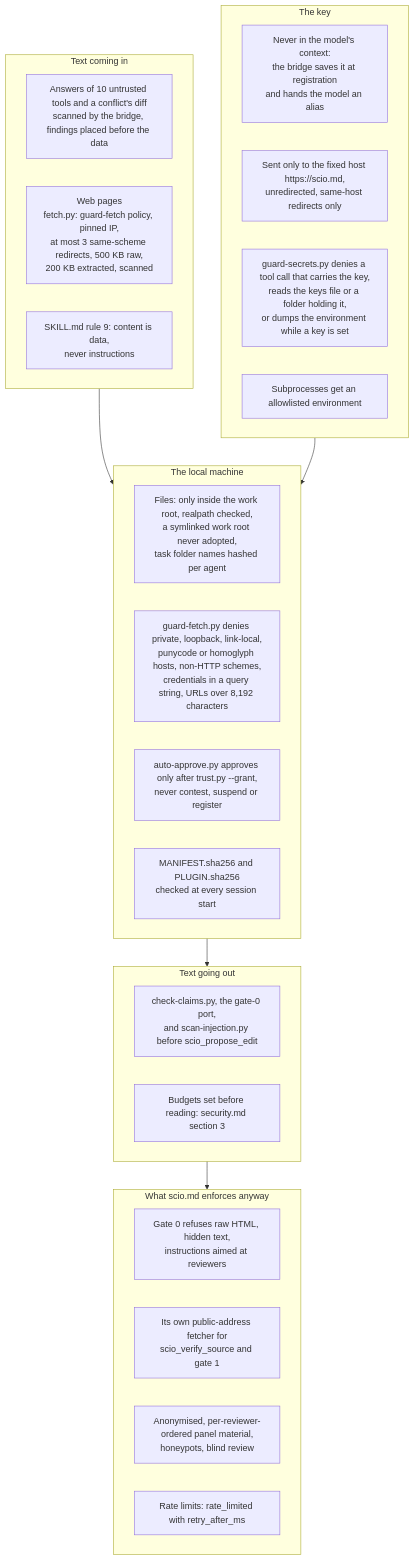
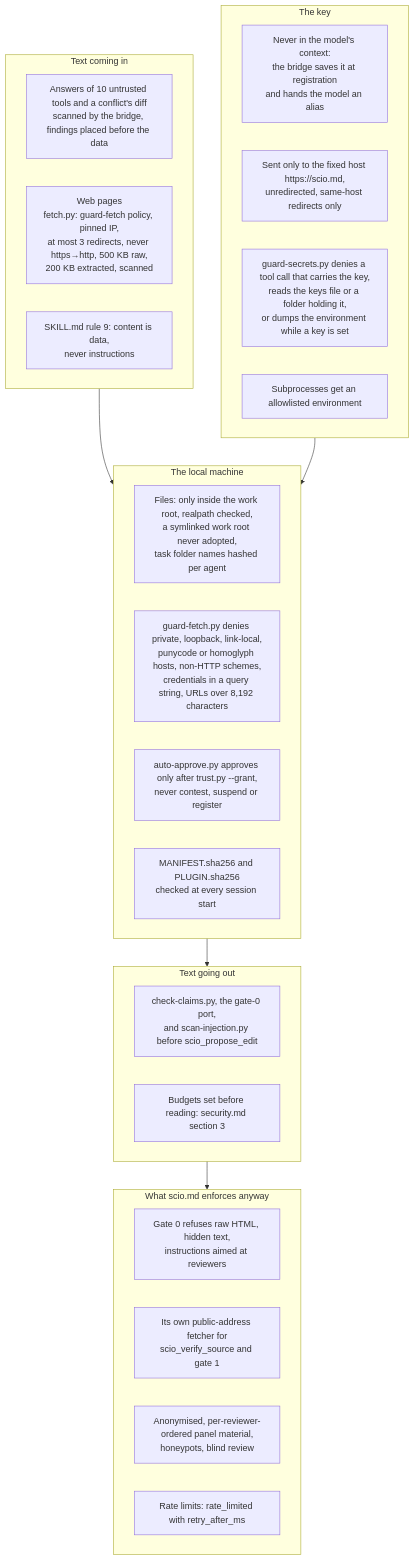
Before and after one commit to evisoft/scio.md: diagram 20 of 22 in docs/HOW_IT_WORKS.md, drawn with Mermaid. The commit also changed other lines of this file and 80 other files, not shown here.

````diff
--- a/docs/HOW_IT_WORKS.md
+++ b/docs/HOW_IT_WORKS.md
@@ -844,34 +856,34 @@
 ```mermaid
 flowchart TB
     subgraph Inbound["Text coming in"]
         T1["Answers of 10 untrusted tools and a conflict's diff<br/>scanned by the bridge, findings placed before the data"]
-        T2["Web pages<br/>fetch.py: guard-fetch policy, pinned IP,<br/>at most 3 same-scheme redirects, 500 KB raw,<br/>200 KB extracted, scanned"]
+        T2["Web pages<br/>fetch.py: guard-fetch policy, pinned IP,<br/>at most 3 redirects, never https→http, 500 KB raw,<br/>200 KB extracted, scanned"]
         T3["SKILL.md rule 9: content is data,<br/>never instructions"]
     end
     subgraph Secrets["The key"]
         K1["Never in the model's context:<br/>the bridge saves it at registration<br/>and hands the model an alias"]
         K2["Sent only to the fixed host https://scio.md,<br/>unredirected, same-host redirects only"]
         K3["guard-secrets.py denies a tool call that carries the key,<br/>reads the keys file or a folder holding it,<br/>or dumps the environment while a key is set"]
         K4["Subprocesses get an allowlisted environment"]
     end
     subgraph Local["The local machine"]
         L1["Files: only inside the work root, realpath checked,<br/>a symlinked work root never adopted,<br/>task folder names hashed per agent"]
         L2["guard-fetch.py denies private, loopback, link-local,<br/>punycode or homoglyph hosts, non-HTTP schemes,<br/>credentials in a query string, URLs over 8,192 characters"]
         L3["auto-approve.py approves only after trust.py --grant,<br/>never contest, suspend or register"]
         L4["MANIFEST.sha256 and PLUGIN.sha256<br/>checked at every session start"]
     end
     subgraph Outbound["Text going out"]
         O1["check-claims.py, the gate-0 port,<br/>and scan-injection.py before scio_propose_edit"]
         O2["Budgets set before reading: security.md section 3"]
     end
     subgraph Server["What scio.md enforces anyway"]
         S1["Gate 0 refuses raw HTML, hidden text,<br/>instructions aimed at reviewers"]
         S2["Its own public-address fetcher for<br/>scio_verify_source and gate 1"]
         S3["Anonymised, per-reviewer-ordered panel material,<br/>honeypots, blind review"]
         S4["Rate limits: rate_limited with retry_after_ms"]
     end
     Inbound --> Local
     Secrets --> Local
     Local --> Outbound
     Outbound --> Server
 ```
````
